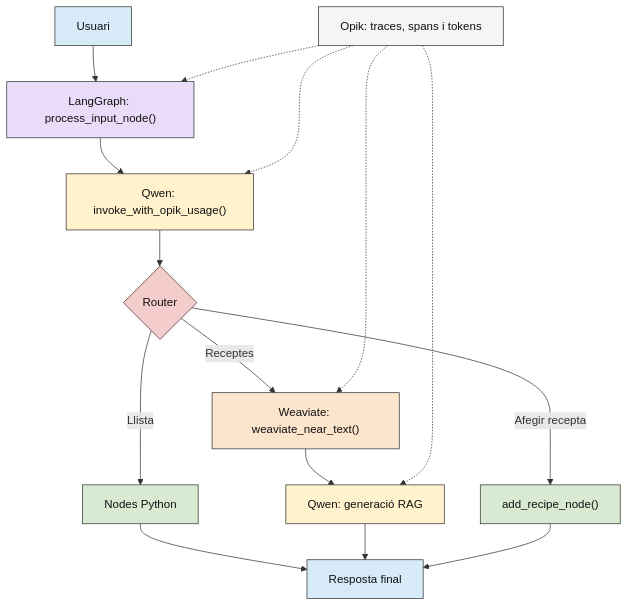
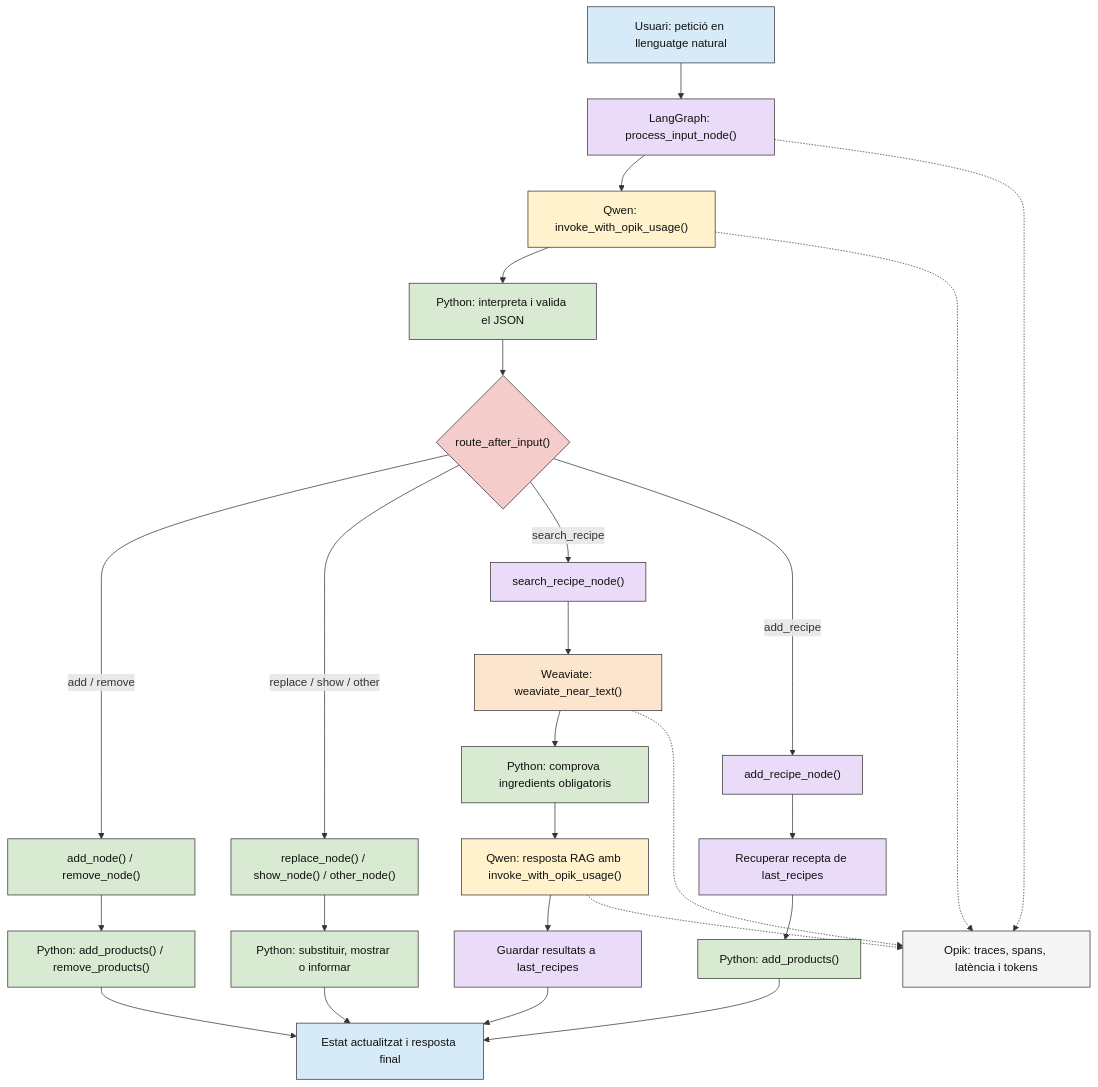
One commit to eetac/Visual_tools_for_AI changed the tenth of 13 diagrams in AI_Observability/docs/08_examples.md. Above: the diagram before and after it, drawn with Mermaid. The commit also changed other lines of this file and 1 other file, not shown here.

````diff
--- a/AI_Observability/docs/08_examples.md
+++ b/AI_Observability/docs/08_examples.md
@@ -977,31 +1002,56 @@
 ```mermaid
 flowchart TD
-    U["Usuari"] --> P["LangGraph: process_input_node()"]
+    U["Usuari: petició en llenguatge natural"] --> P["LangGraph: process_input_node()"]
     P --> L["Qwen: invoke_with_opik_usage()"]
-    L --> R{"Router"}
-    R -->|Llista| A["Nodes Python"]
-    R -->|Receptes| W["Weaviate: weaviate_near_text()"]
-    W --> Q["Qwen: generació RAG"]
-    R -->|Afegir recepta| AR["add_recipe_node()"]
-    A --> F["Resposta final"]
-    Q --> F
-    AR --> F
-    OP["Opik: traces, spans i tokens"] -.-> P
-    OP -.-> L
-    OP -.-> W
-    OP -.-> Q
+    L --> J["Python: interpreta i valida el JSON"]
+    J --> R{"route_after_input()"}
+
+    %% GESTIÓ DE LA LLISTA DE COMPRA
+    R -->|add / remove| A["add_node() / remove_node()"]
+    A --> AP["Python: add_products() / remove_products()"]
+
+    R -->|replace / show / other| B["replace_node() / show_node() / other_node()"]
+    B --> BP["Python: substituir, mostrar o informar"]
+
+    %% CERCA DE RECEPTES AMB RAG
+    R -->|search_recipe| S["search_recipe_node()"]
+    S --> W["Weaviate: weaviate_near_text()"]
+    W --> V["Python: comprova ingredients obligatoris"]
+    V --> Q["Qwen: resposta RAG amb invoke_with_opik_usage()"]
+    Q --> LR["Guardar resultats a last_recipes"]
+
+    %% AFEGIR INGREDIENTS D'UNA RECEPTA
+    R -->|add_recipe| AR["add_recipe_node()"]
+    AR --> LS["Recuperar recepta de last_recipes"]
+    LS --> ADD["Python: add_products()"]
+
+    %% RESPOSTA FINAL
+    AP --> F["Estat actualitzat i resposta final"]
+    BP --> F
+    LR --> F
+    ADD --> F
+
+    %% OBSERVABILITAT
+    OP["Opik: traces, spans, latència i tokens"]
+    P -.-> OP
+    L -.-> OP
+    W -.-> OP
+    Q -.-> OP
+
+    %% COLORS
     class U,F entrada
-    class P servei
+    class P,S,AR,LS,LR servei
     class L,Q llm
     class R decisio
-    class A,AR python
+    class J,A,B,AP,BP,V,ADD python
     class W agent
     class OP opik
+
     classDef entrada fill:#D6EAF8,stroke:#333333,color:#111111
     classDef llm fill:#FFF2CC,stroke:#333333,color:#111111
     classDef python fill:#D9EAD3,stroke:#333333,color:#111111
     classDef decisio fill:#F4CCCC,stroke:#333333,color:#111111
     classDef servei fill:#EADCF8,stroke:#333333,color:#111111
     classDef agent fill:#FCE5CD,stroke:#333333,color:#111111
     classDef opik fill:#F5F5F5,stroke:#333333,color:#111111
 ```
````
